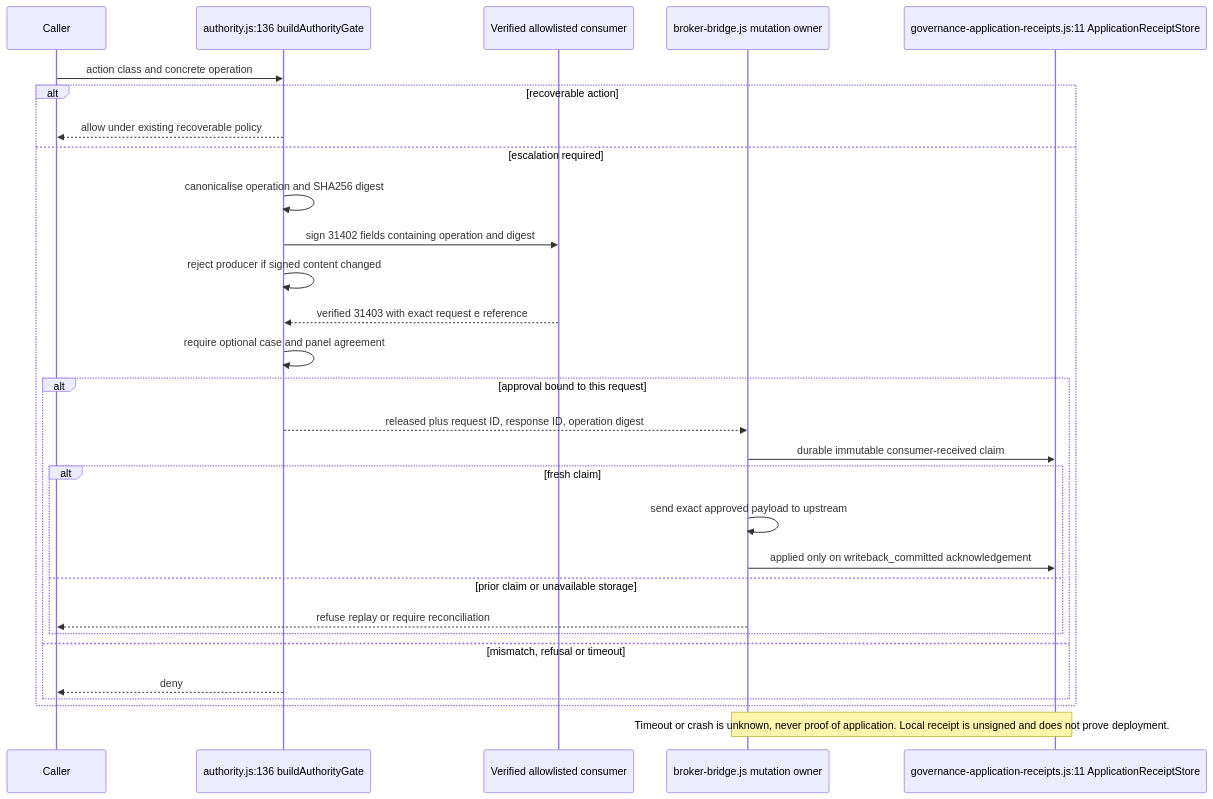
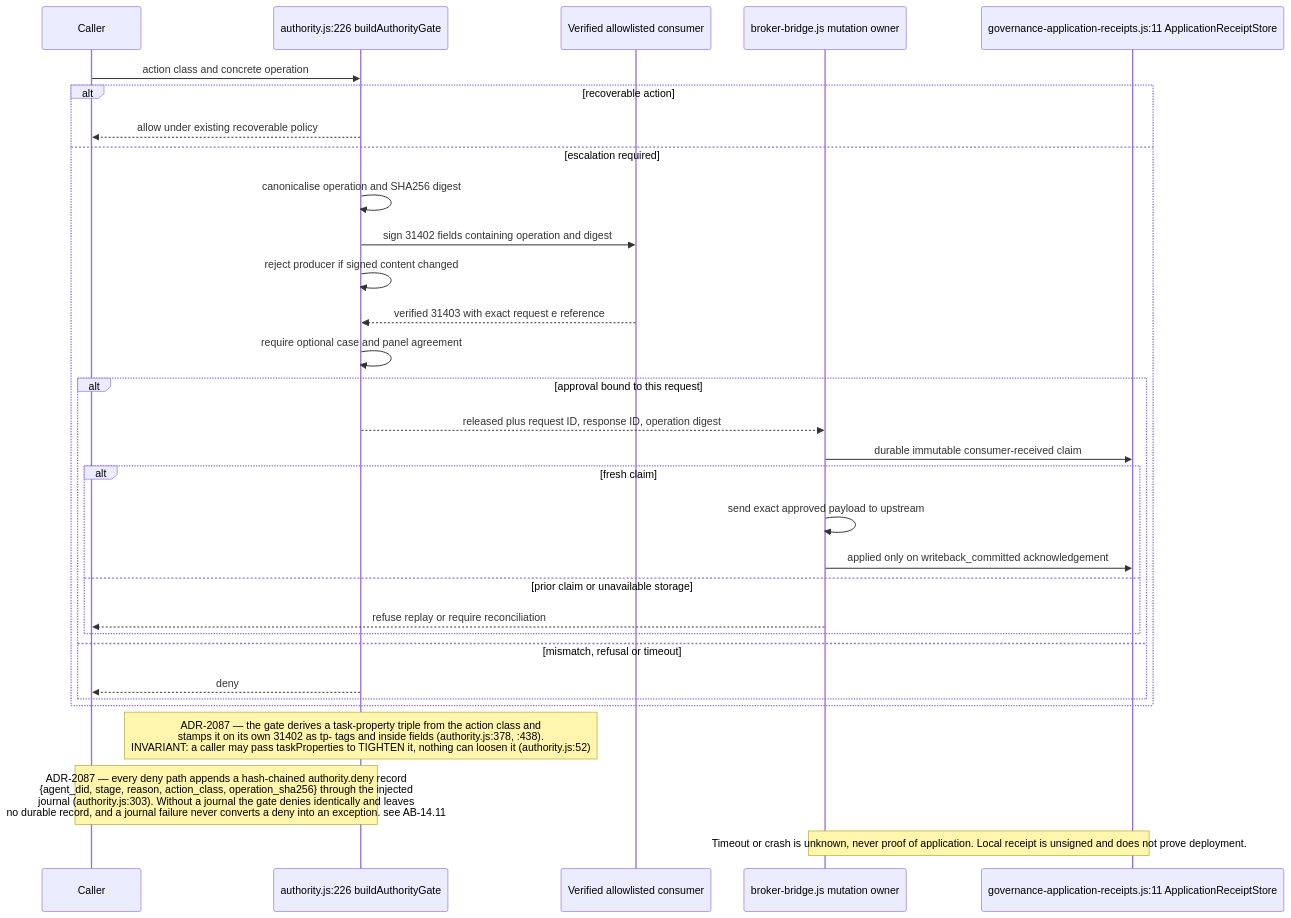
The tenth of 16 diagrams in docs/diagrams/agentbox/11-identity-did-mandate-authority.md (DreamLab-AI/VisionFlow), drawn with Mermaid before and after one commit. The commit also changed other lines of this file and 28 other files, not shown here.

````diff
--- a/docs/diagrams/agentbox/11-identity-did-mandate-authority.md
+++ b/docs/diagrams/agentbox/11-identity-did-mandate-authority.md
@@ -409,31 +411,33 @@
 ```mermaid
 sequenceDiagram
     participant Caller
-    participant Gate as authority.js:136 buildAuthorityGate
+    participant Gate as authority.js:226 buildAuthorityGate
     participant Forum as Verified allowlisted consumer
     participant Owner as broker-bridge.js mutation owner
     participant Journal as governance-application-receipts.js:11 ApplicationReceiptStore
     Caller->>Gate: action class and concrete operation
     alt recoverable action
         Gate-->>Caller: allow under existing recoverable policy
     else escalation required
         Gate->>Gate: canonicalise operation and SHA256 digest
         Gate->>Forum: sign 31402 fields containing operation and digest
         Gate->>Gate: reject producer if signed content changed
         Forum-->>Gate: verified 31403 with exact request e reference
         Gate->>Gate: require optional case and panel agreement
         alt approval bound to this request
             Gate-->>Owner: released plus request ID, response ID, operation digest
             Owner->>Journal: durable immutable consumer-received claim
             alt fresh claim
                 Owner->>Owner: send exact approved payload to upstream
                 Owner->>Journal: applied only on writeback_committed acknowledgement
             else prior claim or unavailable storage
                 Owner-->>Caller: refuse replay or require reconciliation
             end
         else mismatch, refusal or timeout
             Gate-->>Caller: deny
         end
     end
+    Note over Gate: ADR-2087 — the gate derives a task-property triple from the action class and<br/>stamps it on its own 31402 as tp- tags and inside fields (authority.js:378, :438).<br/>INVARIANT: a caller may pass taskProperties to TIGHTEN it, nothing can loosen it (authority.js:52)
+    Note over Gate,Caller: ADR-2087 — every deny path appends a hash-chained authority.deny record<br/>{agent_did, stage, reason, action_class, operation_sha256} through the injected<br/>journal (authority.js:303). Without a journal the gate denies identically and leaves<br/>no durable record, and a journal failure never converts a deny into an exception. see AB-14.11
     Note over Owner,Journal: Timeout or crash is unknown, never proof of application. Local receipt is unsigned and does not prove deployment.
 ```
````
